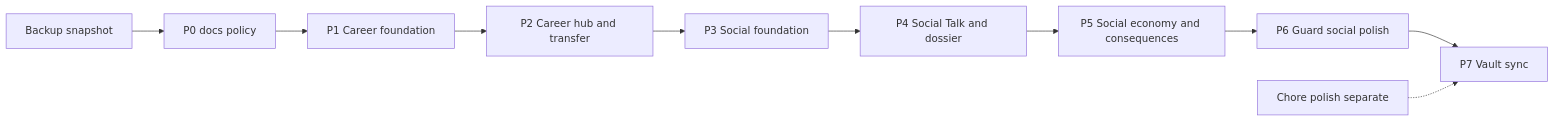
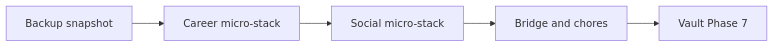
One commit to bruceblake/prison-escape changed the diagram in docs/PrisonEscape/06 Process/Social & Career PR Slice Plan.md. Above: the diagram before and after it, drawn with Mermaid. The commit also changed other lines of this file and 5 other files, not shown here.

First line of the commit message:
docs: Phase 7 P3 — Slice Plan archive, Social milestones, Roadmap closeout

````diff
--- a/docs/PrisonEscape/06 Process/Social & Career PR Slice Plan.md
+++ b/docs/PrisonEscape/06 Process/Social & Career PR Slice Plan.md
@@ -24,15 +28,9 @@
 ```mermaid
 flowchart LR
   snap[Backup snapshot]
-  p0[P0 docs policy]
-  p1[P1 Career foundation]
-  p2[P2 Career hub and transfer]
-  p3[P3 Social foundation]
-  p4[P4 Social Talk and dossier]
-  p5[P5 Social economy and consequences]
-  p6[P6 Guard social polish]
-  p7[P7 Vault sync]
-  chore[Chore polish separate]
-  snap --> p0 --> p1 --> p2 --> p3 --> p4 --> p5 --> p6 --> p7
-  chore -.-> p7
+  career[Career micro-stack]
+  social[Social micro-stack]
+  bridge[Bridge and chores]
+  vault[Vault Phase 7]
+  snap --> career --> social --> bridge --> vault
 ```
````
